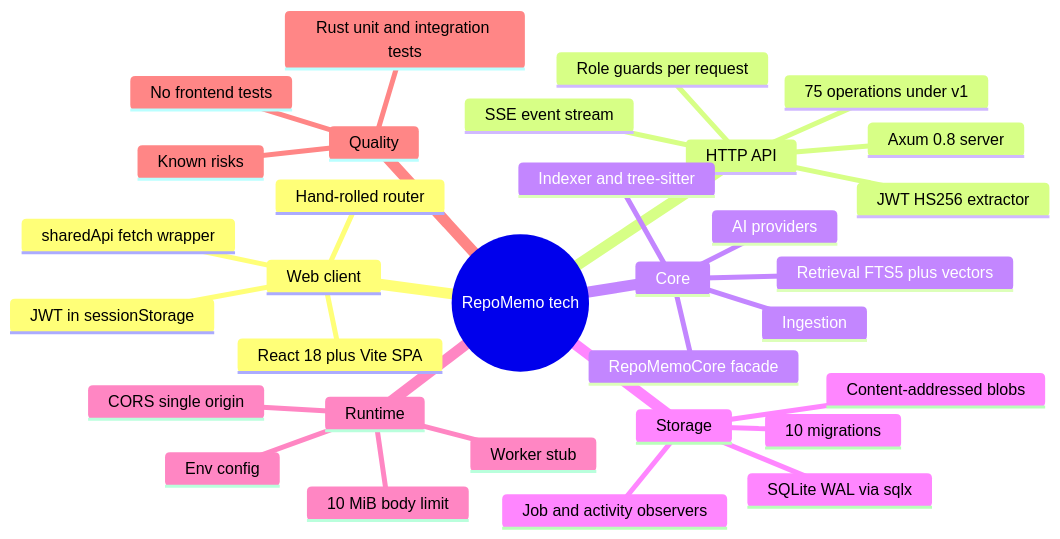
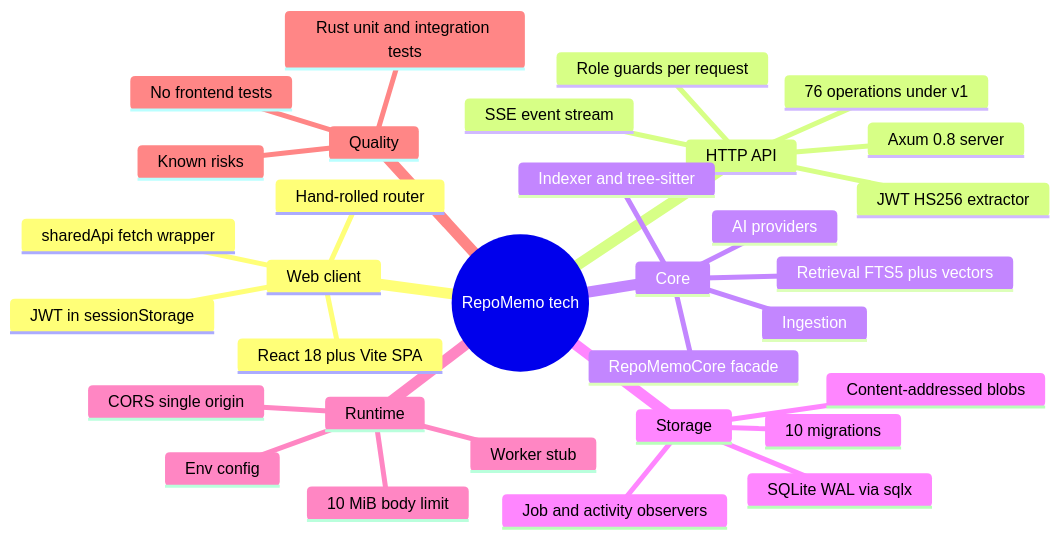
One commit to winksen/RepoMemo changed the first of 6 diagrams in mindmap/TECHNICAL_MINDMAP.md. Above: the diagram before and after it, drawn with Mermaid. The commit also changed other lines of this file and 10 other files, not shown here.

````diff
--- a/mindmap/TECHNICAL_MINDMAP.md
+++ b/mindmap/TECHNICAL_MINDMAP.md
@@ -11,35 +11,35 @@
 ```mermaid
 mindmap
   root((RepoMemo tech))
     Web client
       React 18 plus Vite SPA
       Hand-rolled router
       sharedApi fetch wrapper
       JWT in sessionStorage
     HTTP API
       Axum 0.8 server
-      75 operations under v1
+      76 operations under v1
       JWT HS256 extractor
       Role guards per request
       SSE event stream
     Core
       RepoMemoCore facade
       Ingestion
       Indexer and tree-sitter
       Retrieval FTS5 plus vectors
       AI providers
     Storage
       SQLite WAL via sqlx
       10 migrations
       Content-addressed blobs
       Job and activity observers
     Runtime
       Env config
       CORS single origin
       10 MiB body limit
       Worker stub
     Quality
       Rust unit and integration tests
       No frontend tests
       Known risks
 ```
````
